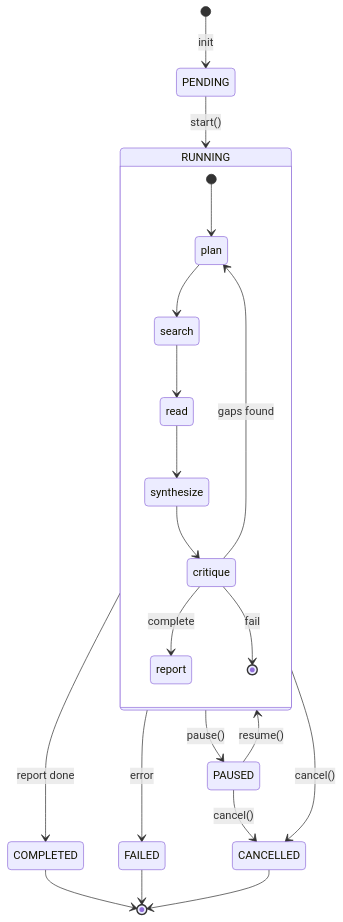
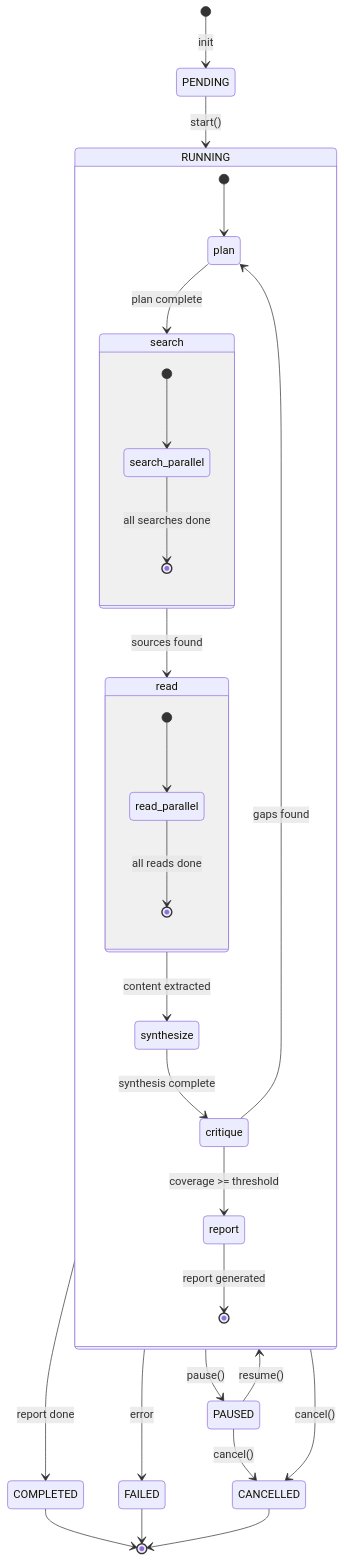
Before and after one commit to satyamaix/DeepResearchX: the third of 29 diagrams in docs/ARCHITECTURE.md, drawn with Mermaid. The commit also changed other lines of this file and 2 other files, not shown here.

````diff
--- a/docs/ARCHITECTURE.md
+++ b/docs/ARCHITECTURE.md
@@ -169,30 +208,43 @@
 ```mermaid
 stateDiagram-v2
     [*] --> PENDING: init
 
     PENDING --> RUNNING: start()
 
     state RUNNING {
         [*] --> plan
-        plan --> search
-        search --> read
-        read --> synthesize
-        synthesize --> critique
+        plan --> search: plan complete
 
-        critique --> report: complete
+        state search {
+            [*] --> search_parallel
+            search_parallel --> [*]: all searches done
+        }
+
+        search --> read: sources found
+
+        state read {
+            [*] --> read_parallel
+            read_parallel --> [*]: all reads done
+        }
+
+        read --> synthesize: content extracted
+        synthesize --> critique: synthesis complete
+
+        critique --> report: coverage >= threshold
         critique --> plan: gaps found
-        critique --> [*]: fail
+
+        report --> [*]: report generated
     }
 
     RUNNING --> COMPLETED: report done
     RUNNING --> FAILED: error
     RUNNING --> PAUSED: pause()
     RUNNING --> CANCELLED: cancel()
 
     PAUSED --> RUNNING: resume()
     PAUSED --> CANCELLED: cancel()
 
     COMPLETED --> [*]
     FAILED --> [*]
     CANCELLED --> [*]
 ```
````
